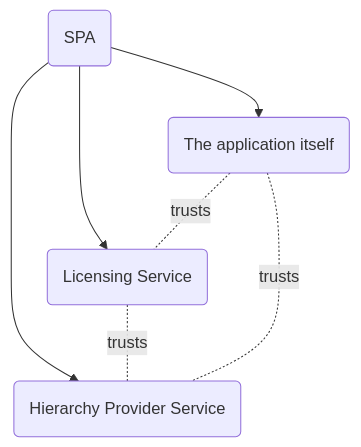
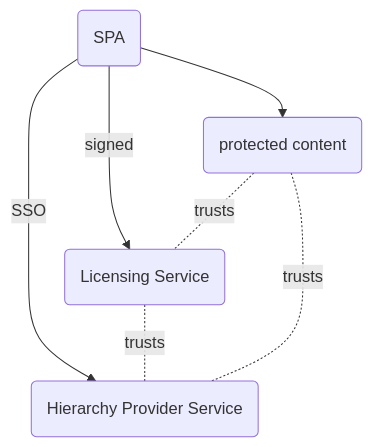
Before and after one commit to bettermarks/license-manager-POC: the fourth of 4 diagrams in docs/service-communication.md, drawn with Mermaid. The commit also changed other lines of this file and 1 other file, not shown here.

Commit message:
docs: service communication extended

````diff
--- a/docs/service-communication.md
+++ b/docs/service-communication.md
@@ -40,9 +55,13 @@
 ```mermaid
 flowchart TD
-SPA(SPA)-->APP(The application itself);
-SPA(SPA)-->LICS(Licensing Service);
-SPA(SPA)-->HIPS(Hierarchy Provider Service);
-APP(The application itself) -.- |trusts| LICS(Licensing Service);
-LICS(Licensing Service) -.- |trusts| HIPS(Hierarchy Provider Service);
-APP(The application itself) -.- |trusts| HIPS(Hierarchy Provider Service);
+APP(protected content)
+LICS(Licensing Service)
+HIPS(Hierarchy Provider Service)
+
+SPA(SPA)-->APP;
+SPA(SPA)--> |signed| LICS;
+SPA(SPA)--> |SSO| HIPS;
+APP -.- |trusts| LICS;
+LICS -.- |trusts| HIPS;
+APP -.- |trusts| HIPS;
 ```
````
